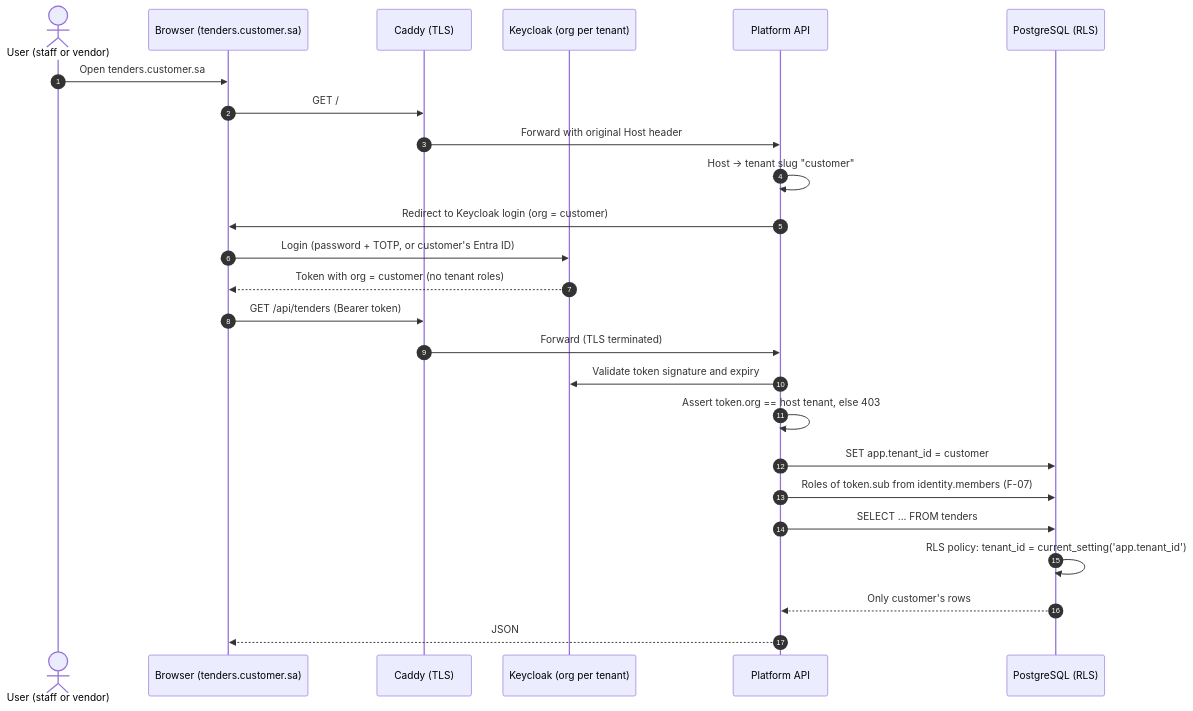
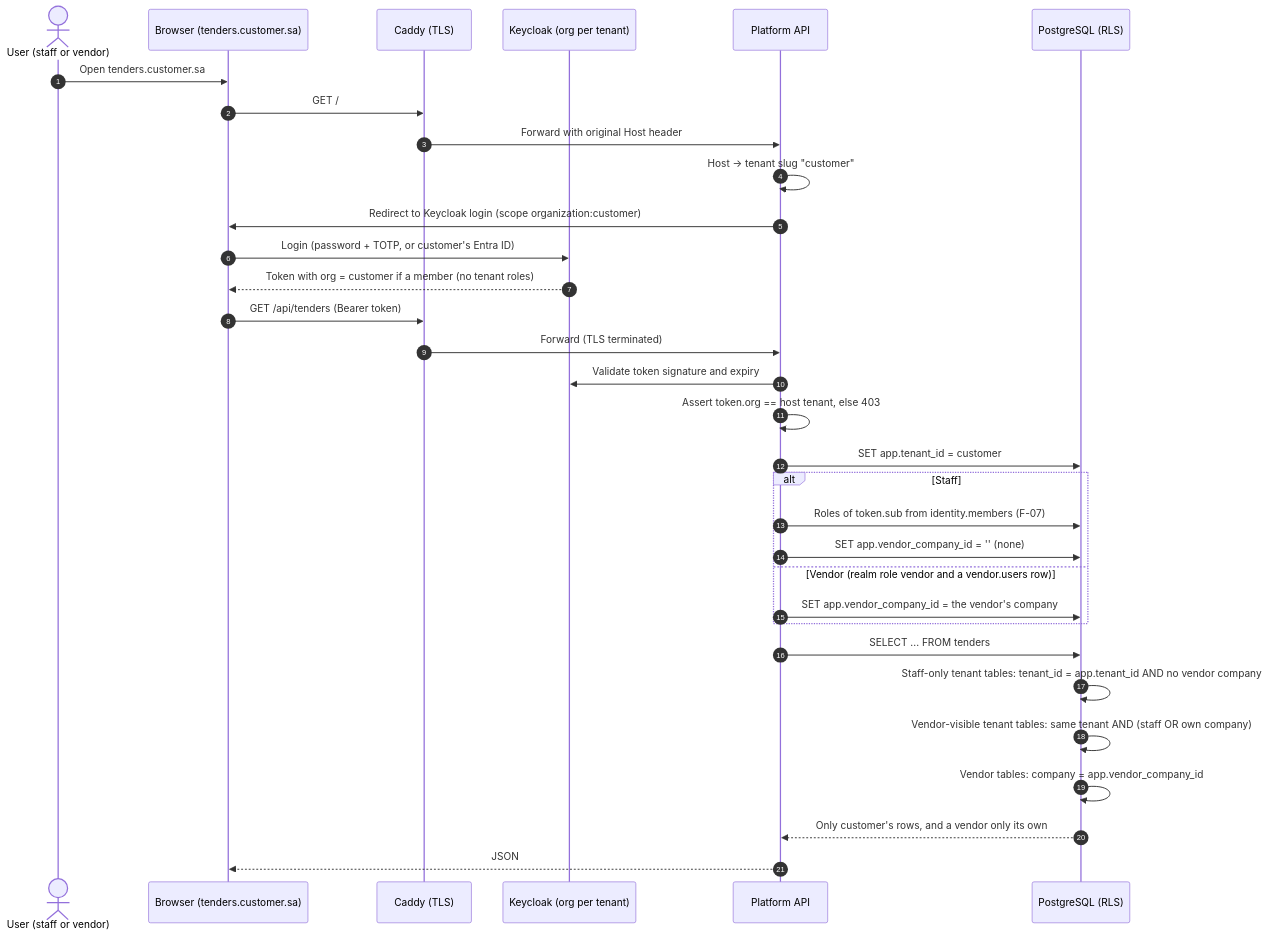
The fifth of 13 diagrams in docs/03-diagrams.md (AhmedAssaf/ERP), drawn with Mermaid before and after one commit. The commit also changed other lines of this file and 2 other files, not shown here.

Commit message:
Vendor slice docs: docs/07 local run (realm reimport, worker storage, ClamAV), docs/03 modules and tenant isolation with the vendor key, README onboarding

````diff
--- a/docs/03-diagrams.md
+++ b/docs/03-diagrams.md
@@ -167,28 +167,35 @@
 ```mermaid
 sequenceDiagram
     autonumber
     actor U as User (staff or vendor)
     participant B as Browser (tenders.customer.sa)
     participant GW as Caddy (TLS)
     participant KC as Keycloak (org per tenant)
     participant API as Platform API
     participant DB as PostgreSQL (RLS)
 
     U->>B: Open tenders.customer.sa
     B->>GW: GET /
     GW->>API: Forward with original Host header
     API->>API: Host -> tenant slug "customer"
-    API->>B: Redirect to Keycloak login (org = customer)
+    API->>B: Redirect to Keycloak login (scope organization:customer)
     B->>KC: Login (password + TOTP, or customer's Entra ID)
-    KC-->>B: Token with org = customer (no tenant roles)
+    KC-->>B: Token with org = customer if a member (no tenant roles)
     B->>GW: GET /api/tenders (Bearer token)
     GW->>API: Forward (TLS terminated)
     API->>KC: Validate token signature and expiry
     API->>API: Assert token.org == host tenant, else 403
     API->>DB: SET app.tenant_id = customer
-    API->>DB: Roles of token.sub from identity.members (F-07)
+    alt Staff
+        API->>DB: Roles of token.sub from identity.members (F-07)
+        API->>DB: SET app.vendor_company_id = '' (none)
+    else Vendor (realm role vendor and a vendor.users row)
+        API->>DB: SET app.vendor_company_id = the vendor's company
+    end
     API->>DB: SELECT ... FROM tenders
-    DB->>DB: RLS policy: tenant_id = current_setting('app.tenant_id')
-    DB-->>API: Only customer's rows
+    DB->>DB: Staff-only tenant tables: tenant_id = app.tenant_id AND no vendor company
+    DB->>DB: Vendor-visible tenant tables: same tenant AND (staff OR own company)
+    DB->>DB: Vendor tables: company = app.vendor_company_id
+    DB-->>API: Only customer's rows, and a vendor only its own
     API-->>B: JSON
 ```
````
